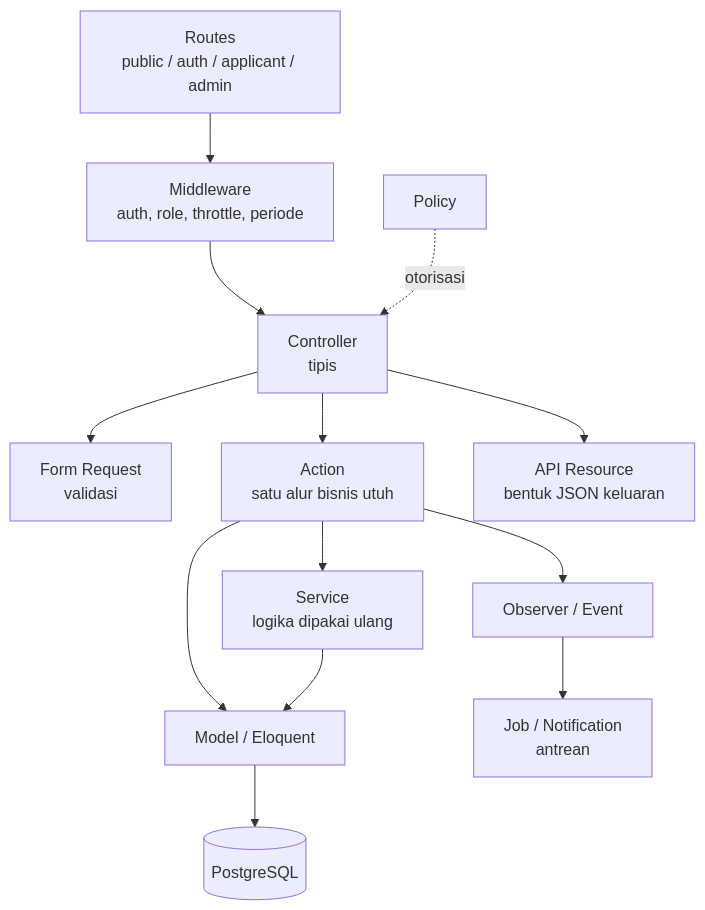
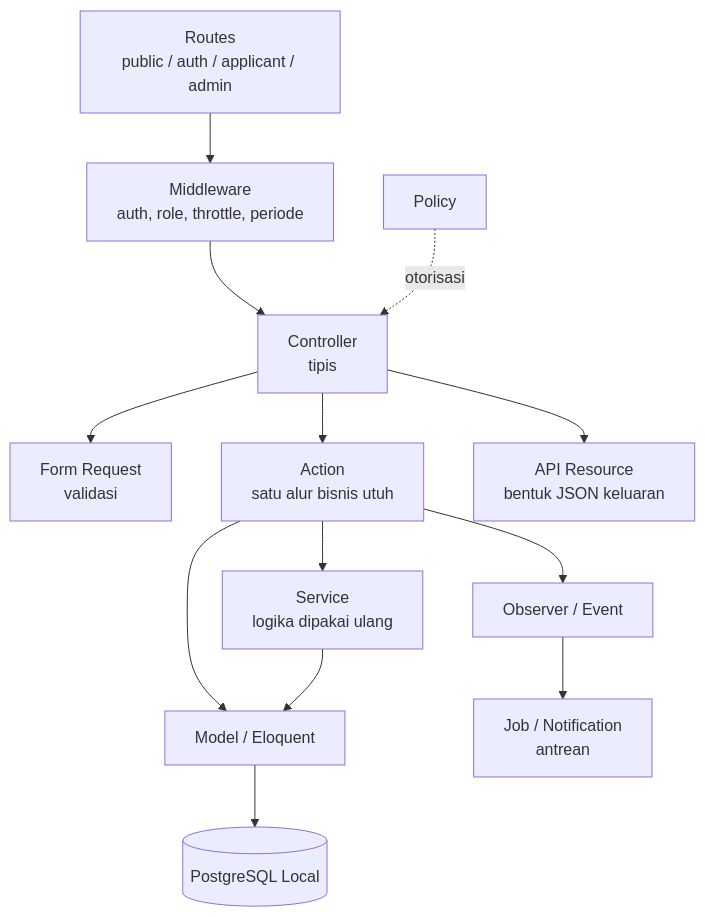
One commit to muhnazli6804-boop/companyprofile changed the third of 10 diagrams in docs/ARCHITECTURE.md. Above: the diagram before and after it, drawn with Mermaid. The commit also changed other lines of this file and 4 other files, not shown here.

````diff
--- a/docs/ARCHITECTURE.md
+++ b/docs/ARCHITECTURE.md
@@ -155,15 +178,15 @@
 ```mermaid
 flowchart TB
     R[Routes\npublic / auth / applicant / admin] --> MW[Middleware\nauth, role, throttle, periode]
     MW --> C[Controller\ntipis]
     C --> FR[Form Request\nvalidasi]
     C --> AC[Action\nsatu alur bisnis utuh]
     AC --> SV[Service\nlogika dipakai ulang]
     AC --> M[Model / Eloquent]
     SV --> M
     C --> RS[API Resource\nbentuk JSON keluaran]
-    M --> DB[(PostgreSQL)]
+    M --> DB[(PostgreSQL Local)]
     AC --> EV[Observer / Event]
     EV --> JB[Job / Notification\nantrean]
     PL[Policy] -. otorisasi .-> C
 ```
````
